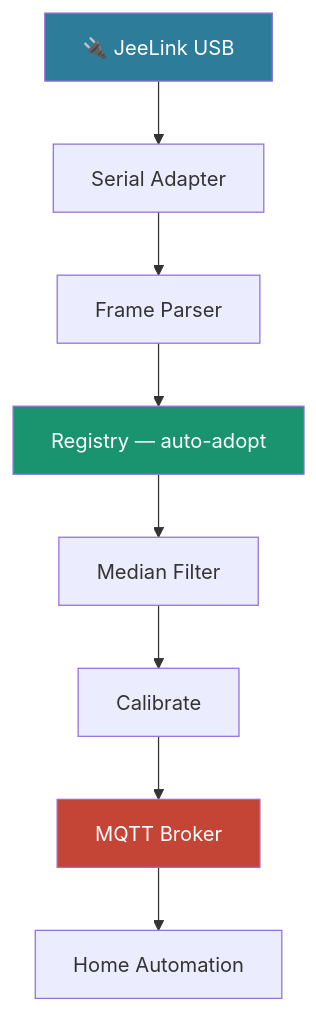
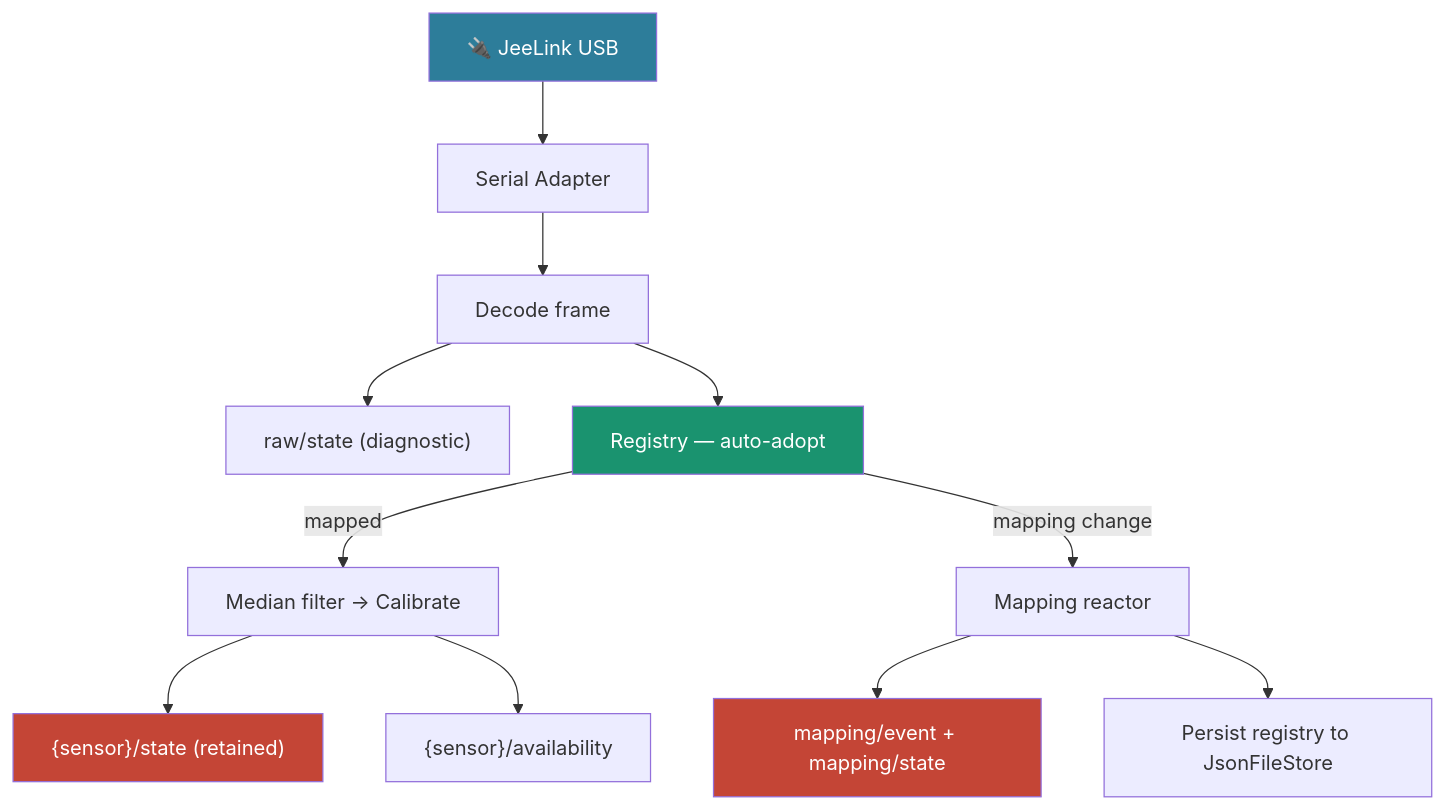
Before and after one commit to ff-fab/cosalette-apps: the diagram in apps/jeelink2mqtt/docs/index.md, drawn with Mermaid. The commit also changed other lines of this file and 18 other files, not shown here.

First line of the commit message:
refactor(jeelink2mqtt): expose sensor pipeline (#127)

````diff
--- a/apps/jeelink2mqtt/docs/index.md
+++ b/apps/jeelink2mqtt/docs/index.md
@@ -50,14 +50,18 @@
 ```mermaid
 flowchart TD
     A[🔌 JeeLink USB] --> B[Serial Adapter]
-    B --> C[Frame Parser]
-    C --> D[Registry — auto-adopt]
-    D --> E[Median Filter]
-    E --> F[Calibrate]
-    F --> G[MQTT Broker]
-    G --> H[Home Automation]
+    B --> C[Decode frame]
+    C --> D["raw/state (diagnostic)"]
+    C --> E[Registry — auto-adopt]
+    E -->|mapped| F[Median filter → Calibrate]
+    F --> G["{sensor}/state (retained)"]
+    F --> H["{sensor}/availability"]
+    E -->|mapping change| I[Mapping reactor]
+    I --> J["mapping/event + mapping/state"]
+    I --> K[Persist registry to JsonFileStore]
 
     style A fill:#2d7d9a,color:#fff
-    style D fill:#1a936f,color:#fff
+    style E fill:#1a936f,color:#fff
     style G fill:#c44536,color:#fff
+    style J fill:#c44536,color:#fff
 ```
````
